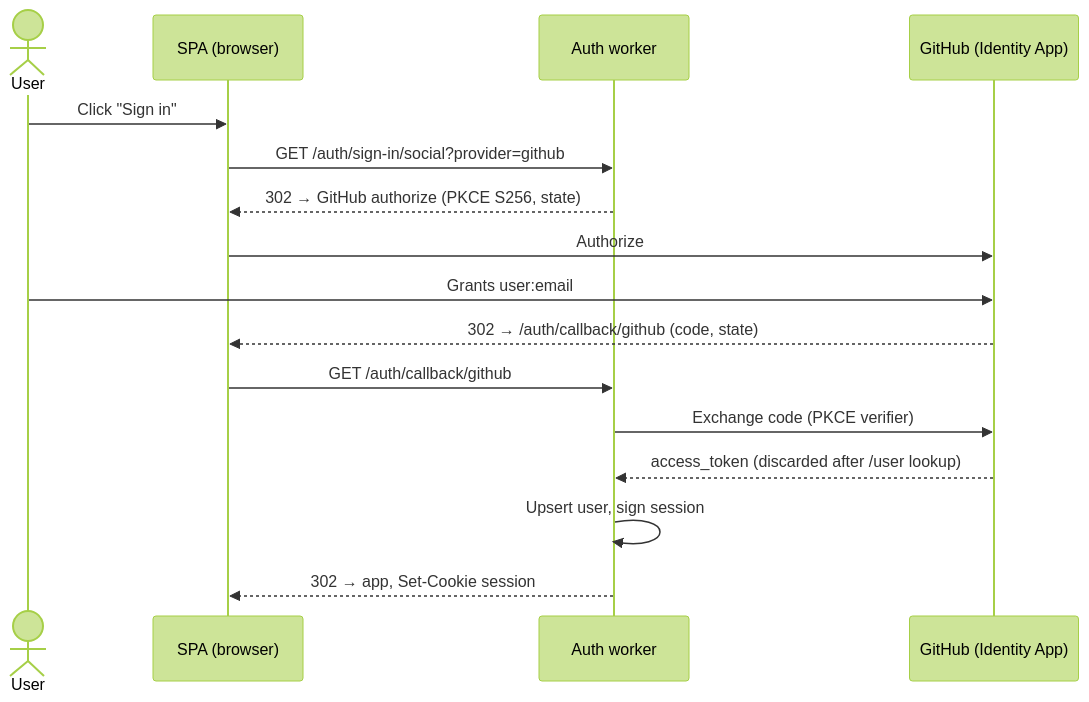
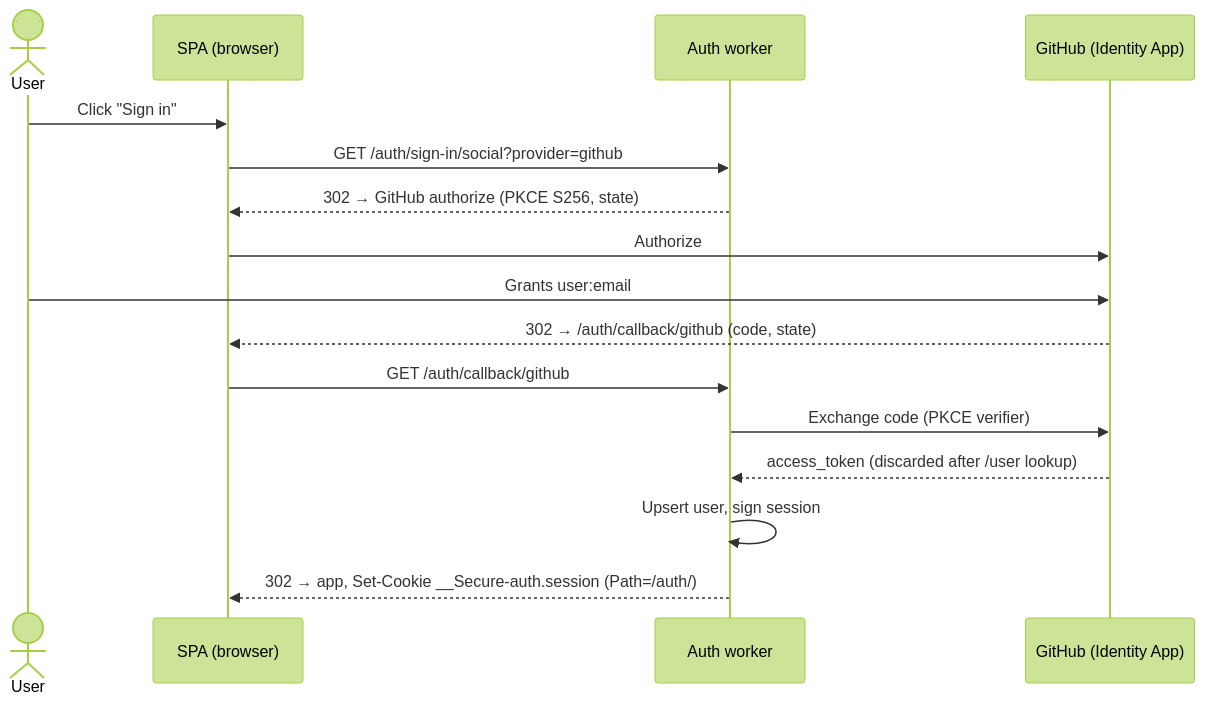
Before and after one commit to alexwilson/frontend: the first of 3 diagrams in services/auth/README.md, drawn with Mermaid (forest theme). The commit also changed other lines of this file and 26 other files, not shown here.

````diff
--- a/services/auth/README.md
+++ b/services/auth/README.md
@@ -41,19 +58,19 @@
 ```mermaid
 sequenceDiagram
     actor User
     participant SPA as SPA (browser)
     participant Worker as Auth worker
     participant GH as GitHub (Identity App)
 
     User->>SPA: Click "Sign in"
     SPA->>Worker: GET /auth/sign-in/social?provider=github
     Worker-->>SPA: 302 → GitHub authorize (PKCE S256, state)
     SPA->>GH: Authorize
     User->>GH: Grants user:email
     GH-->>SPA: 302 → /auth/callback/github (code, state)
     SPA->>Worker: GET /auth/callback/github
     Worker->>GH: Exchange code (PKCE verifier)
     GH-->>Worker: access_token (discarded after /user lookup)
     Worker->>Worker: Upsert user, sign session
-    Worker-->>SPA: 302 → app, Set-Cookie session
+    Worker-->>SPA: 302 → app, Set-Cookie __Secure-auth.session (Path=/auth/)
 ```
````
